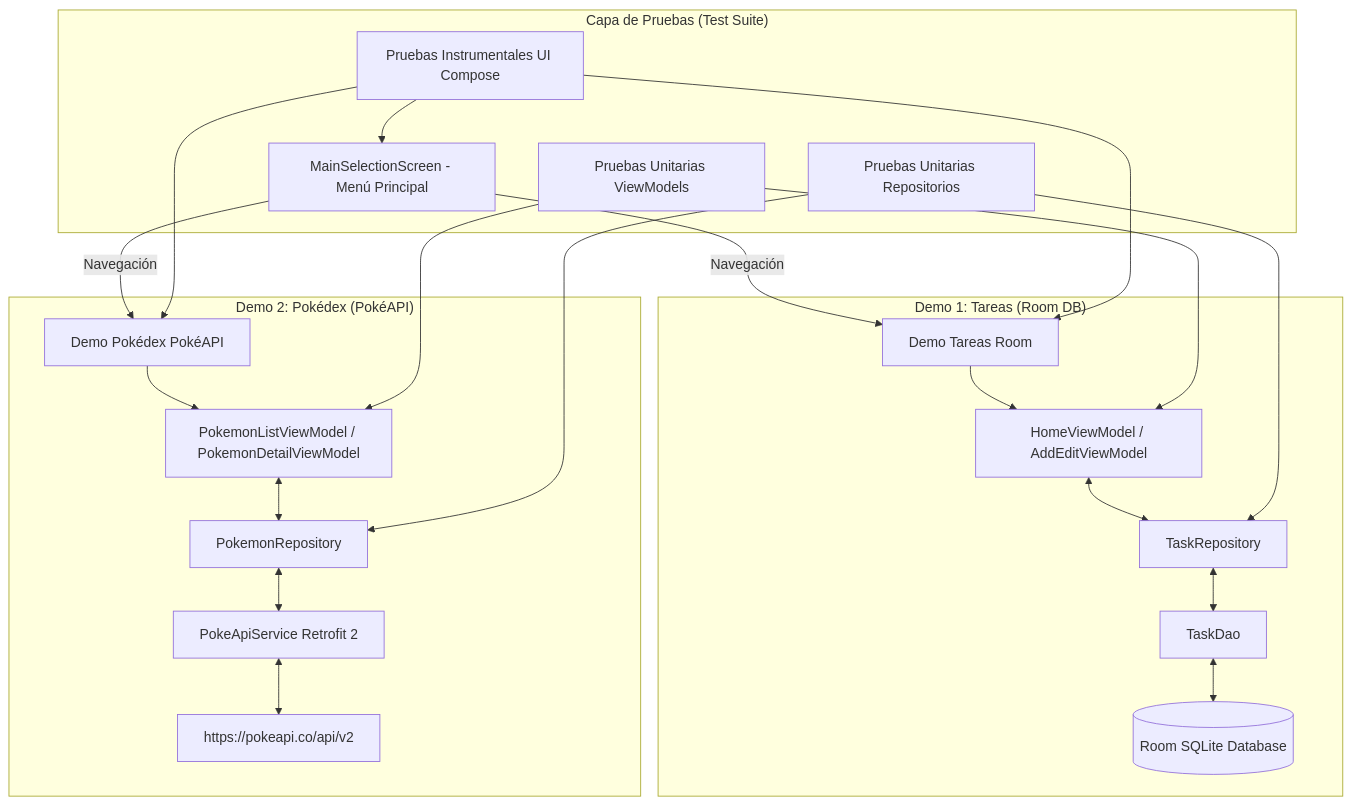
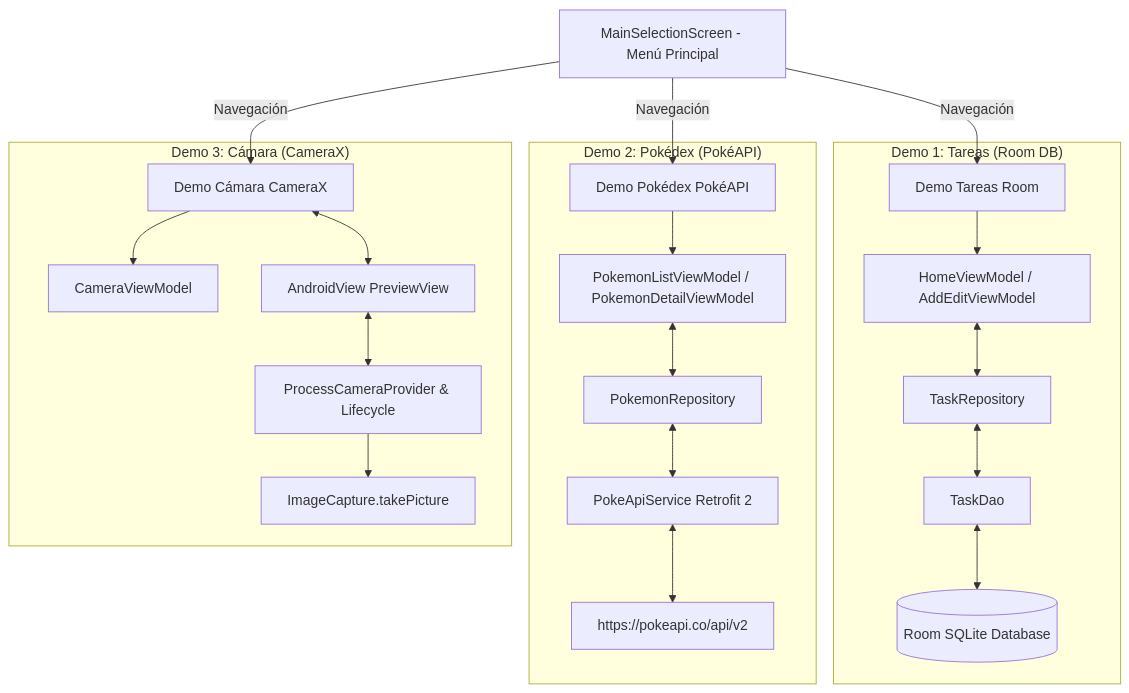
One commit to kenwhiston/ArchitectureMobileApp changed the diagram in README.md. Above: the diagram before and after it, drawn with Mermaid. The commit also changed other lines of this file and 12 other files, not shown here.

Commit message:
[FEATURE] Added Camera X Compose

````diff
--- a/README.md
+++ b/README.md
@@ -14,25 +14,27 @@
 ```mermaid
 graph TD
     MENU[MainSelectionScreen - Menú Principal] --> |Navegación| DEMO1[Demo Tareas Room]
     MENU --> |Navegación| DEMO2[Demo Pokédex PokéAPI]
+    MENU --> |Navegación| DEMO3[Demo Cámara CameraX]
 
     subgraph "Demo 1: Tareas (Room DB)"
         DEMO1 --> TASK_VM[HomeViewModel / AddEditViewModel]
         TASK_VM <--> TASK_REPO[TaskRepository]
         TASK_REPO <--> TASK_DAO[TaskDao]
         TASK_DAO <--> ROOM[(Room SQLite Database)]
     end
 
     subgraph "Demo 2: Pokédex (PokéAPI)"
         DEMO2 --> POKEMON_VM[PokemonListViewModel / PokemonDetailViewModel]
         POKEMON_VM <--> POKEMON_REPO[PokemonRepository]
         POKEMON_REPO <--> RETROFIT[PokeApiService Retrofit 2]
         RETROFIT <--> API[https://pokeapi.co/api/v2]
     end
 
-    subgraph "Capa de Pruebas (Test Suite)"
-        TESTS_VM[Pruebas Unitarias ViewModels] --> TASK_VM & POKEMON_VM
-        TESTS_REPO[Pruebas Unitarias Repositorios] --> TASK_REPO & POKEMON_REPO
-        TESTS_UI[Pruebas Instrumentales UI Compose] --> MENU & DEMO1 & DEMO2
+    subgraph "Demo 3: Cámara (CameraX)"
+        DEMO3 --> CAMERA_VM[CameraViewModel]
+        DEMO3 <--> CAMERA_PREVIEW[AndroidView PreviewView]
+        CAMERA_PREVIEW <--> CAMERAX_PROVIDER[ProcessCameraProvider & Lifecycle]
+        CAMERAX_PROVIDER --> CAPTURE[ImageCapture.takePicture]
     end
 ```
````
